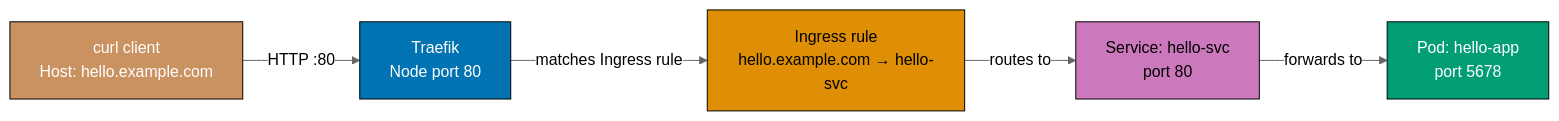
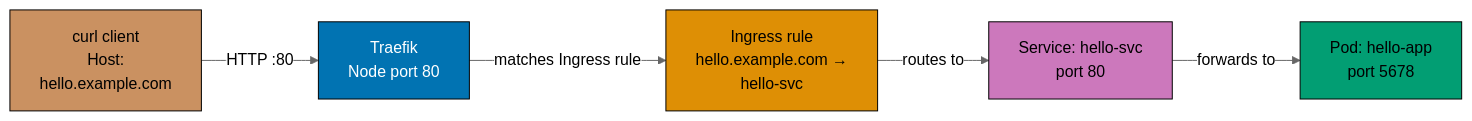
One commit to wahidyankf/ose-public changed the sixth of 9 diagrams in apps/ayokoding-www/content/en/learn/legacy/software-engineering/infrastructure/tools/k3s/by-example/beginner.md. Above: the diagram before and after it, drawn with Mermaid (neutral theme). The commit also changed other lines of this file and 131 other files, not shown here.

First line of the commit message:
fix(mermaid): bring the legacy data, infrastructure, and testing diagrams onto the accessible palette

````diff
--- a/apps/ayokoding-www/content/en/learn/legacy/software-engineering/infrastructure/tools/k3s/by-example/beginner.md
+++ b/apps/ayokoding-www/content/en/learn/legacy/software-engineering/infrastructure/tools/k3s/by-example/beginner.md
@@ -902,20 +935,28 @@
 ```mermaid
 %% Color Palette: Blue #0173B2, Orange #DE8F05, Teal #029E73, Purple #CC78BC, Brown #CA9161
 graph LR
-    CLI["curl client<br/>Host: hello.example.com"]
+    accTitle: Example 17: Basic Ingress with Traefik
+    accDescr: Graph with 5 nodes and 4 connections. Nodes: curl client Host: hello.example.com, Traefik Node port 80, Ingress rule hello.example.com → hello-svc, Service: hello-svc port 80, Pod: hello-app port 5678. Connections: curl client Host: hello.example.com to Traefik Node port 80 (HTTP :80), Traefik Node port 80 to Ingress rule hello.example.com → hello-svc (matches Ingress rule), Ingress rule hello.example.com → hello-svc to Service: hello-svc port 80 (routes to), Service: hello-svc port 80 to Pod: hello-app port 5678 (forwards to).
+    CLI["curl client<br/>Host:<br/>hello.example.com"]
     TR["Traefik<br/>Node port 80"]
-    ING["Ingress rule<br/>hello.example.com → hello-svc"]
+    ING["Ingress rule<br/>hello.example.com →<br/>hello-svc"]
     SVC["Service: hello-svc<br/>port 80"]
     POD["Pod: hello-app<br/>port 5678"]
 
     CLI -->|HTTP :80| TR
     TR -->|matches Ingress rule| ING
     ING -->|routes to| SVC
     SVC -->|forwards to| POD
 
-    style CLI fill:#CA9161,stroke:#000,color:#fff
-    style TR fill:#0173B2,stroke:#000,color:#fff
-    style ING fill:#DE8F05,stroke:#000,color:#000
-    style SVC fill:#CC78BC,stroke:#000,color:#000
-    style POD fill:#029E73,stroke:#000,color:#fff
+    classDef pal-CA9161 fill:#CA9161,stroke:#000000,color:#000000
+    class CLI pal-CA9161
+    classDef pal-0173B2 fill:#0173B2,stroke:#000000,color:#FFFFFF
+    class TR pal-0173B2
+    classDef pal-DE8F05 fill:#DE8F05,stroke:#000000,color:#000000
+    class ING pal-DE8F05
+    classDef pal-CC78BC fill:#CC78BC,stroke:#000000,color:#000000
+    class SVC pal-CC78BC
+    classDef pal-029E73 fill:#029E73,stroke:#000000,color:#000000
+    class POD pal-029E73
+    classDef default fill:#FFFFFF,stroke:#000000,color:#000000
 ```
````
